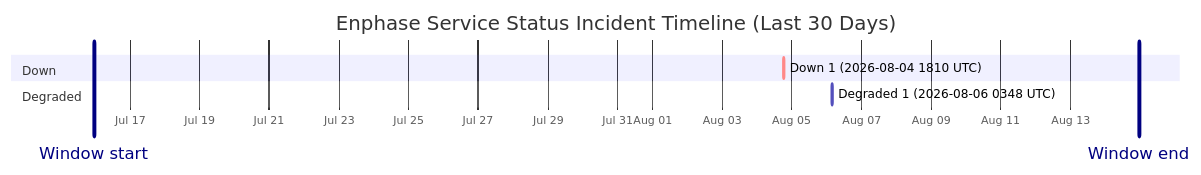
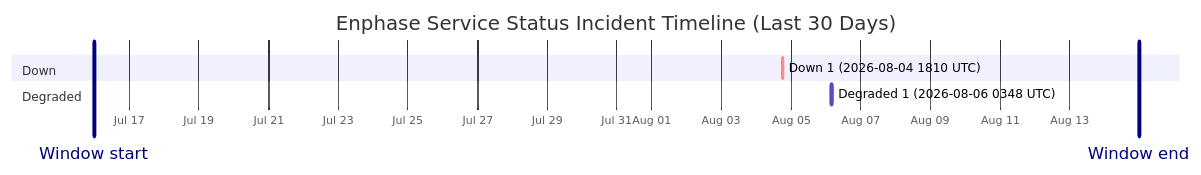
The diagram in wiki/Service-Status-History.md (barneyonline/ha-enphase-energy), drawn with Mermaid before and after one commit. The commit also changed other lines of this file and 3 other files, not shown here.

````diff
--- a/wiki/Service-Status-History.md
+++ b/wiki/Service-Status-History.md
@@ -14,12 +14,12 @@
 ```mermaid
 gantt
     title Enphase Service Status Incident Timeline (Last 30 Days)
     dateFormat  YYYY-MM-DDTHH:mm:ss
     axisFormat  %b %d
-    Window start :vert, window-start, 2026-07-15T23:19:41, 0ms
-    Window end :vert, window-end, 2026-08-14T23:19:41, 0ms
+    Window start :vert, window-start, 2026-07-15T23:46:49, 0ms
+    Window end :vert, window-end, 2026-08-14T23:46:49, 0ms
     section Down
     Down 1 (2026-08-04 1810 UTC) :crit, down-1, 2026-08-04T18:10:46, 60m
     section Degraded
     Degraded 1 (2026-08-06 0348 UTC) :active, degraded-1, 2026-08-06T03:48:14, 60m
 ```
````
